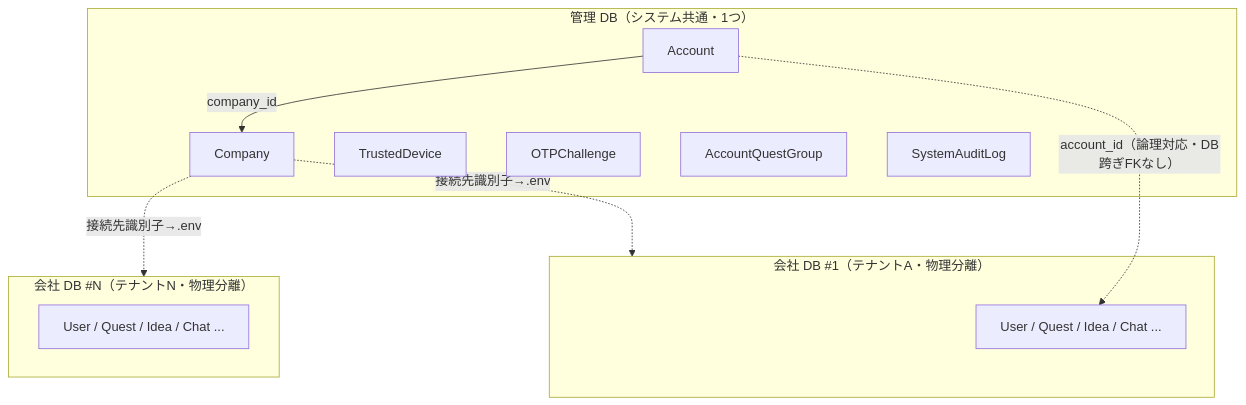
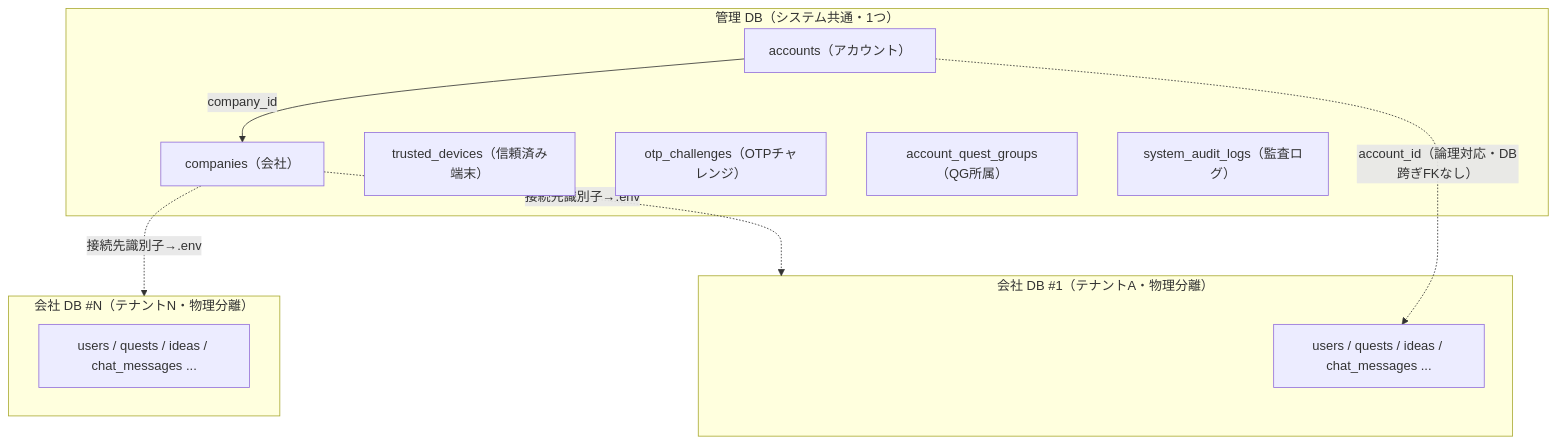
One commit to t-umekawa-sc/sc-ideaquest-G2 changed the first of 4 diagrams in doc/データモデル.md. Above: the diagram before and after it, drawn with Mermaid. The commit also changed other lines of this file, not shown here.

````diff
--- a/doc/データモデル.md
+++ b/doc/データモデル.md
@@ -34,21 +35,21 @@
 ```mermaid
 flowchart TB
   subgraph CP["管理 DB（システム共通・1つ）"]
-    Company
-    Account
-    TrustedDevice
-    OTPChallenge
-    AccountQuestGroup
-    SystemAuditLog
+    companies["companies（会社）"]
+    accounts["accounts（アカウント）"]
+    trusted_devices["trusted_devices（信頼済み端末）"]
+    otp_challenges["otp_challenges（OTPチャレンジ）"]
+    account_quest_groups["account_quest_groups（QG所属）"]
+    system_audit_logs["system_audit_logs（監査ログ）"]
   end
   subgraph DP1["会社 DB #1（テナントA・物理分離）"]
-    UserA["User / Quest / Idea / Chat ..."]
+    UserA["users / quests / ideas / chat_messages ..."]
   end
   subgraph DP2["会社 DB #N（テナントN・物理分離）"]
-    UserN["User / Quest / Idea / Chat ..."]
+    UserN["users / quests / ideas / chat_messages ..."]
   end
-  Account -->|company_id| Company
-  Company -.->|接続先識別子→.env| DP1
-  Company -.->|接続先識別子→.env| DP2
-  Account -.->|account_id（論理対応・DB跨ぎFKなし）| UserA
+  accounts -->|company_id| companies
+  companies -.->|接続先識別子→.env| DP1
+  companies -.->|接続先識別子→.env| DP2
+  accounts -.->|account_id（論理対応・DB跨ぎFKなし）| UserA
 ```
````
